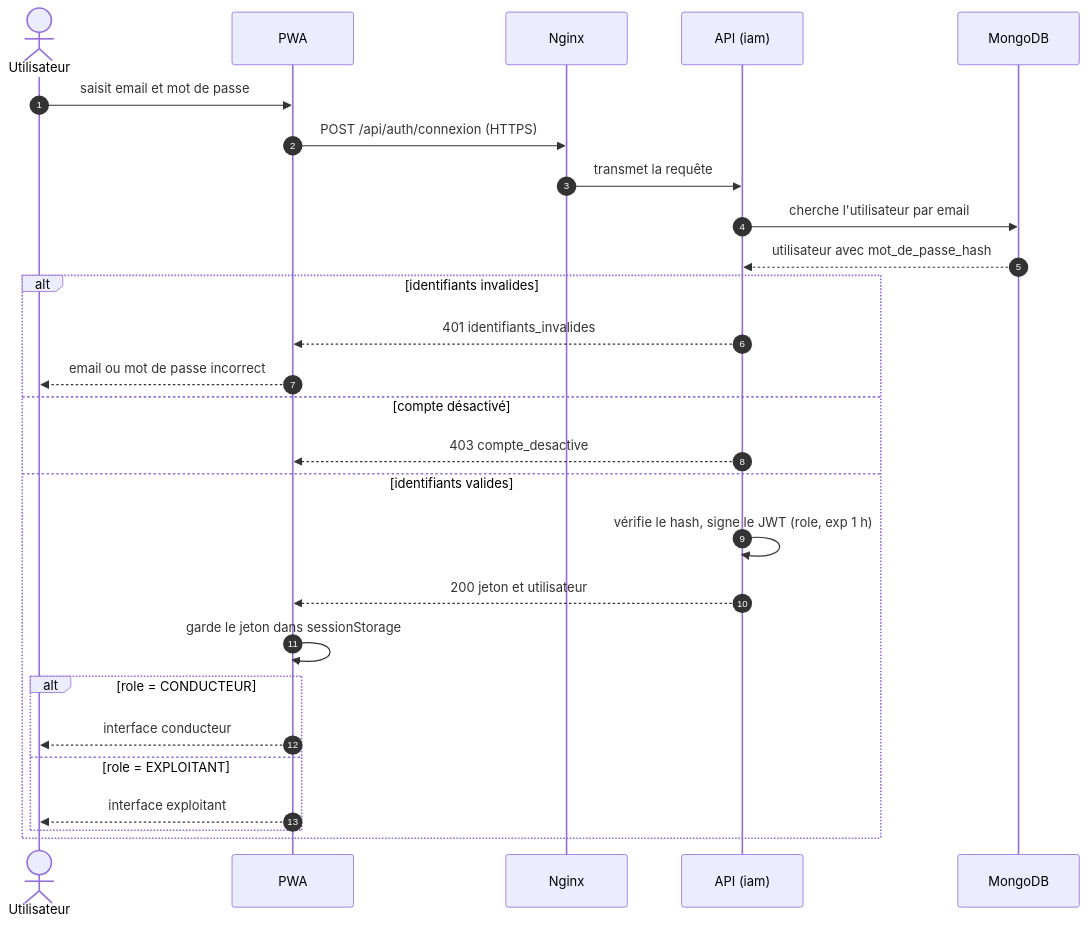
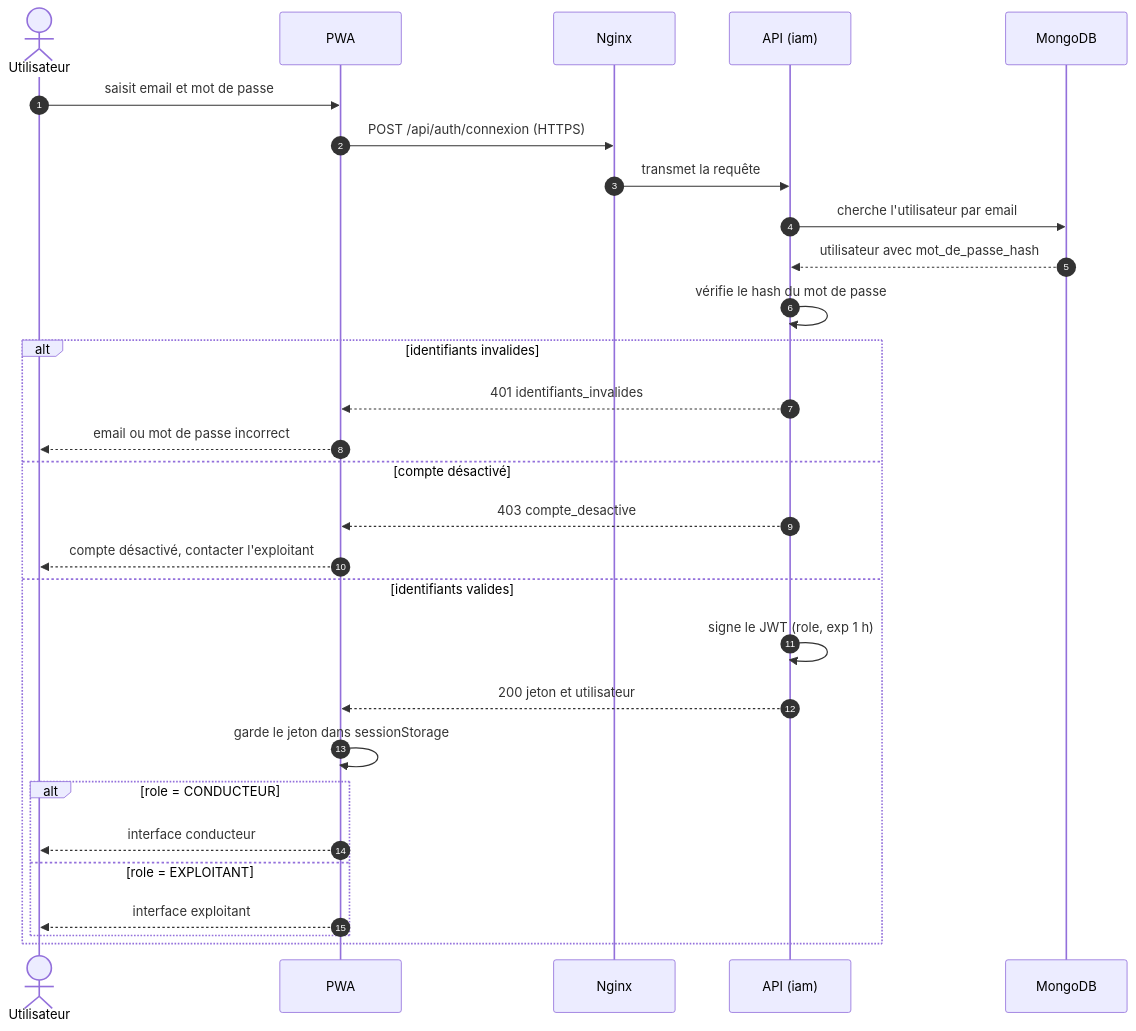
One commit to amaltrigui19/projet_smart_parking changed the first of 6 diagrams in docs/uml/03-sequences.md. Above: the diagram before and after it, drawn with Mermaid. The commit also changed other lines of this file and 3 other files, not shown here.

Commit message:
uml corrigée

````diff
--- a/docs/uml/03-sequences.md
+++ b/docs/uml/03-sequences.md
@@ -17,31 +19,33 @@
 ```mermaid
 sequenceDiagram
     autonumber
     actor U as Utilisateur
     participant PWA
     participant Nginx
     participant API as API (iam)
     participant DB as MongoDB
 
     U->>PWA: saisit email et mot de passe
     PWA->>Nginx: POST /api/auth/connexion (HTTPS)
     Nginx->>API: transmet la requête
     API->>DB: cherche l'utilisateur par email
     DB-->>API: utilisateur avec mot_de_passe_hash
+    API->>API: vérifie le hash du mot de passe
 
     alt identifiants invalides
         API-->>PWA: 401 identifiants_invalides
         PWA-->>U: email ou mot de passe incorrect
     else compte désactivé
         API-->>PWA: 403 compte_desactive
+        PWA-->>U: compte désactivé, contacter l'exploitant
     else identifiants valides
-        API->>API: vérifie le hash, signe le JWT (role, exp 1 h)
+        API->>API: signe le JWT (role, exp 1 h)
         API-->>PWA: 200 jeton et utilisateur
         PWA->>PWA: garde le jeton dans sessionStorage
         alt role = CONDUCTEUR
             PWA-->>U: interface conducteur
         else role = EXPLOITANT
             PWA-->>U: interface exploitant
         end
     end
 ```
````
